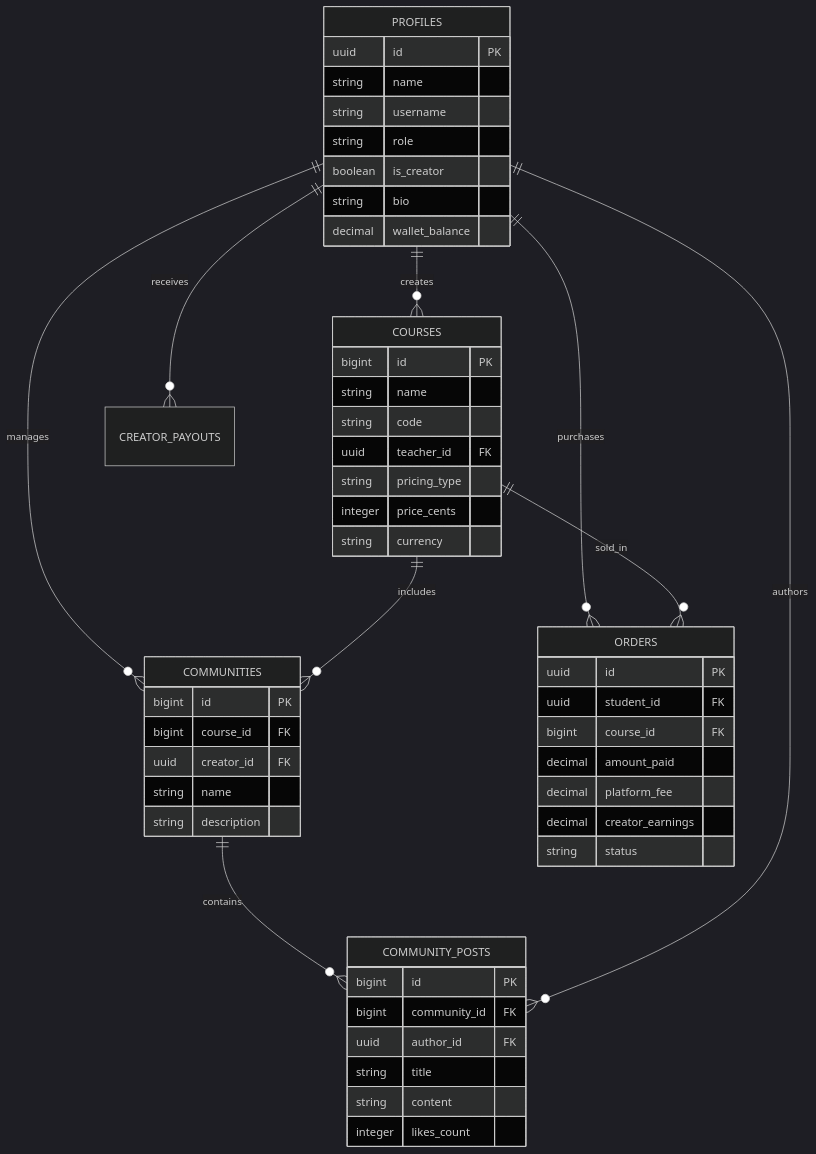
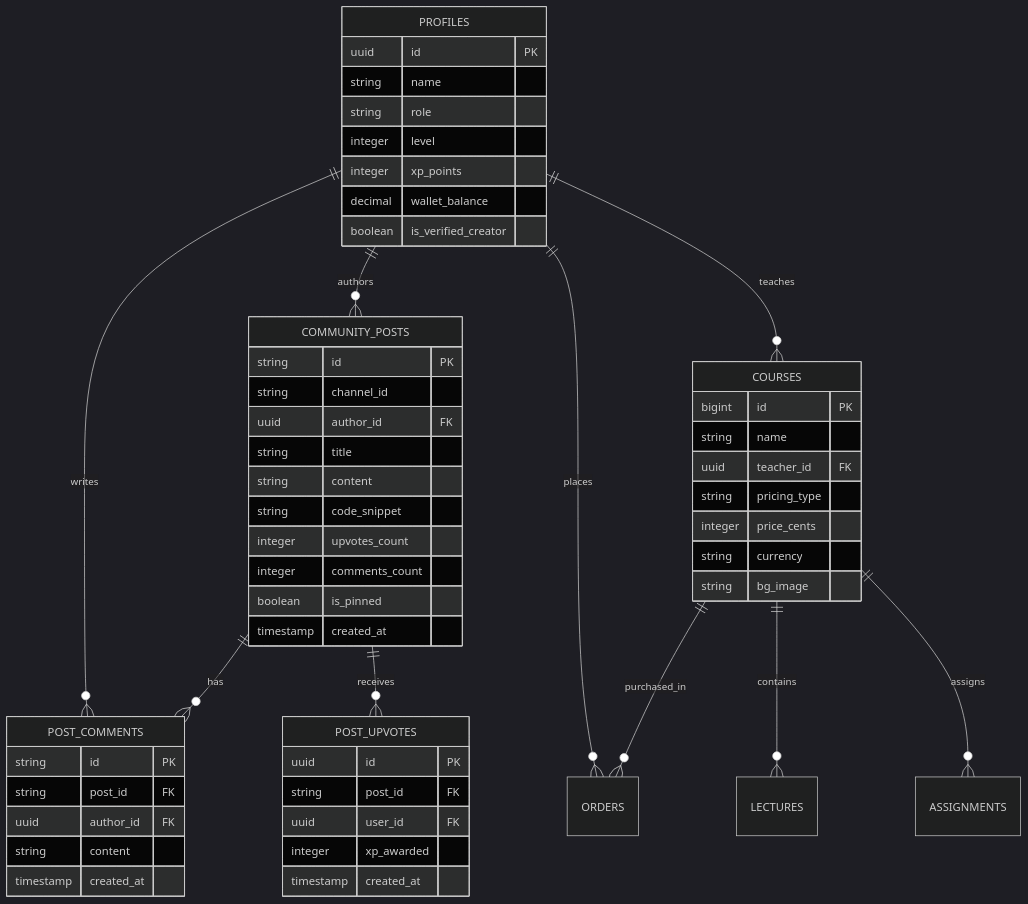
The third of 3 diagrams in arch.md (ta3allam/ta3), drawn with Mermaid (dark theme) before and after one commit. The commit also changed other lines of this file and 3 other files, not shown here.

Commit message:
docs(all): synchronize architecture, ERD, components, and README with Day 1 Skool community milestone

````diff
--- a/arch.md
+++ b/arch.md
@@ -86,58 +86,61 @@
 ```mermaid
 erDiagram
-    PROFILES ||--o{ COURSES : "creates"
-    PROFILES ||--o{ COMMUNITIES : "manages"
-    COURSES ||--o{ COMMUNITIES : "includes"
-    COMMUNITIES ||--o{ COMMUNITY_POSTS : "contains"
     PROFILES ||--o{ COMMUNITY_POSTS : "authors"
-    PROFILES ||--o{ ORDERS : "purchases"
-    COURSES ||--o{ ORDERS : "sold_in"
-    PROFILES ||--o{ CREATOR_PAYOUTS : "receives"
+    PROFILES ||--o{ POST_COMMENTS : "writes"
+    COMMUNITY_POSTS ||--o{ POST_COMMENTS : "has"
+    COMMUNITY_POSTS ||--o{ POST_UPVOTES : "receives"
+    PROFILES ||--o{ COURSES : "teaches"
+    PROFILES ||--o{ ORDERS : "places"
+    COURSES ||--o{ ORDERS : "purchased_in"
+    COURSES ||--o{ LECTURES : "contains"
+    COURSES ||--o{ ASSIGNMENTS : "assigns"
 
     PROFILES {
         uuid id PK
         string name
-        string username
         string role
-        boolean is_creator
-        string bio
+        integer level
+        integer xp_points
         decimal wallet_balance
+        boolean is_verified_creator
+    }
+
+    COMMUNITY_POSTS {
+        string id PK
+        string channel_id
+        uuid author_id FK
+        string title
+        string content
+        string code_snippet
+        integer upvotes_count
+        integer comments_count
+        boolean is_pinned
+        timestamp created_at
+    }
+
+    POST_COMMENTS {
+        string id PK
+        string post_id FK
+        uuid author_id FK
+        string content
+        timestamp created_at
+    }
+
+    POST_UPVOTES {
+        uuid id PK
+        string post_id FK
+        uuid user_id FK
+        integer xp_awarded
+        timestamp created_at
     }
 
     COURSES {
         bigint id PK
         string name
-        string code
         uuid teacher_id FK
         string pricing_type
         integer price_cents
         string currency
-    }
-
-    COMMUNITIES {
-        bigint id PK
-        bigint course_id FK
-        uuid creator_id FK
-        string name
-        string description
-    }
-
-    COMMUNITY_POSTS {
-        bigint id PK
-        bigint community_id FK
-        uuid author_id FK
-        string title
-        string content
-        integer likes_count
-    }
-
-    ORDERS {
-        uuid id PK
-        uuid student_id FK
-        bigint course_id FK
-        decimal amount_paid
-        decimal platform_fee
-        decimal creator_earnings
-        string status
+        string bg_image
     }
 ```
````
